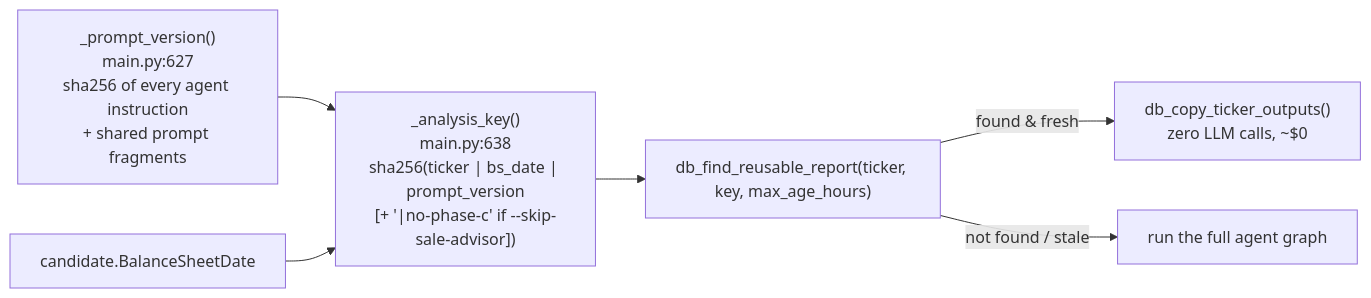
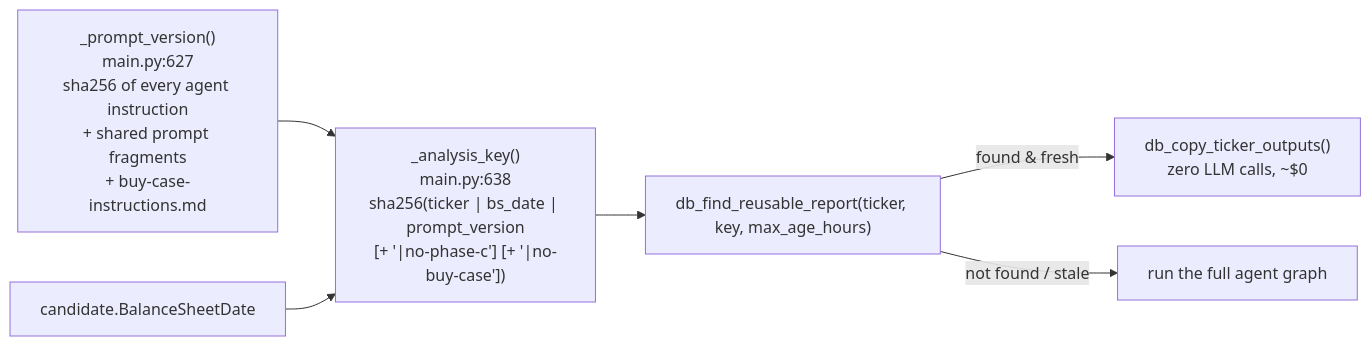
The second of 3 diagrams in docs/05-guardrails-cost-and-reuse.md (sun4github/magic-stock-picker), drawn with Mermaid before and after one commit. The commit also changed other lines of this file and 29 other files, not shown here.

Commit message:
buy-case added. live price added. updated critic-review to not flag live data discrepancy

````diff
--- a/docs/05-guardrails-cost-and-reuse.md
+++ b/docs/05-guardrails-cost-and-reuse.md
@@ -107,8 +155,8 @@
 ```mermaid
 flowchart LR
-    T["_prompt_version()\nmain.py:627\nsha256 of every agent instruction\n+ shared prompt fragments"] --> K
-    B["candidate.BalanceSheetDate"] --> K["_analysis_key()\nmain.py:638\nsha256(ticker | bs_date | prompt_version\n[+ '|no-phase-c' if --skip-sale-advisor])"]
+    T["_prompt_version()\nmain.py:627\nsha256 of every agent instruction\n+ shared prompt fragments\n+ buy-case-instructions.md"] --> K
+    B["candidate.BalanceSheetDate"] --> K["_analysis_key()\nmain.py:638\nsha256(ticker | bs_date | prompt_version\n[+ '|no-phase-c'] [+ '|no-buy-case'])"]
     K --> Lookup["db_find_reusable_report(ticker, key, max_age_hours)"]
     Lookup -->|found & fresh| Copy["db_copy_ticker_outputs()\nzero LLM calls, ~$0"]
     Lookup -->|not found / stale| Fresh["run the full agent graph"]
 ```
````
